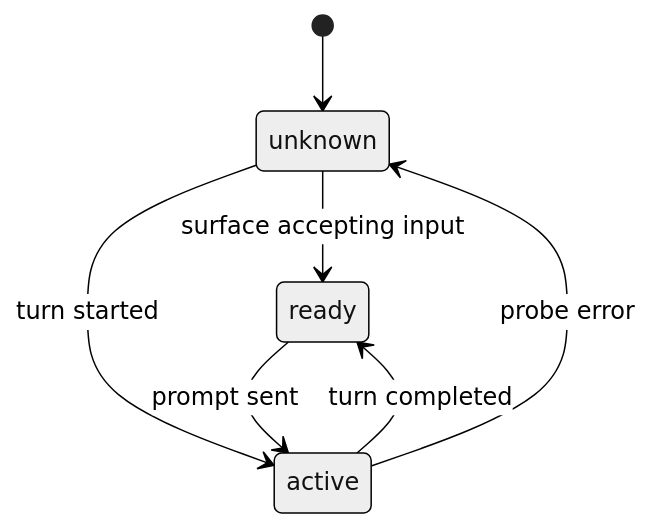
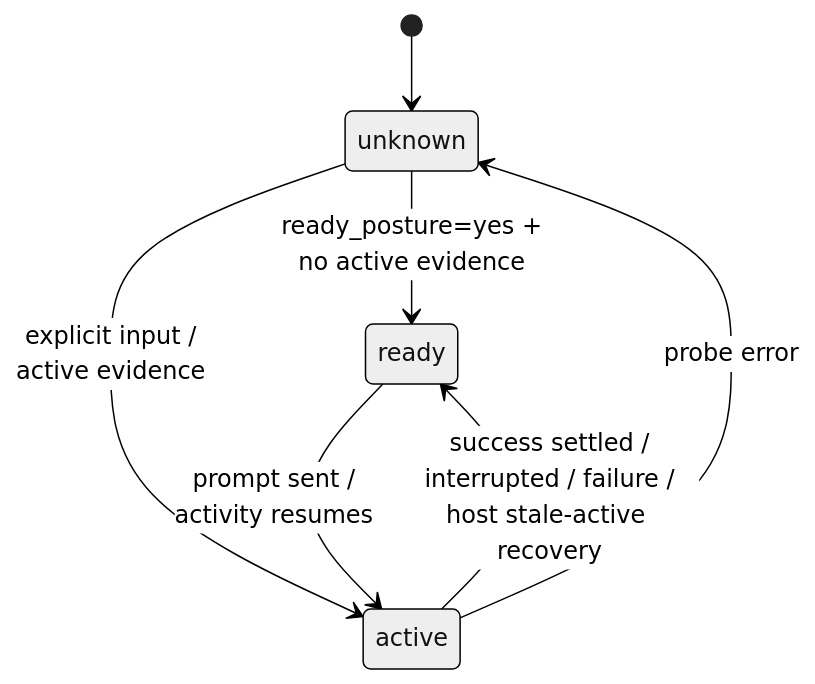
One commit to igamenovoer/houmao changed the second of 2 diagrams in docs/reference/tui-tracking/state-model.md. Above: the diagram before and after it, drawn with Mermaid (neutral theme). The commit also changed other lines of this file and 66 other files, not shown here.

````diff
--- a/docs/reference/tui-tracking/state-model.md
+++ b/docs/reference/tui-tracking/state-model.md
@@ -32,9 +32,9 @@
 ```mermaid
 stateDiagram-v2
     [*] --> unknown
-    unknown --> ready : surface accepting input
-    unknown --> active : turn started
-    ready --> active : prompt sent
-    active --> ready : turn completed
+    unknown --> ready : ready_posture=yes +<br/>no active evidence
+    unknown --> active : explicit input /<br/>active evidence
+    ready --> active : prompt sent /<br/>activity resumes
+    active --> ready : success settled /<br/>interrupted / failure /<br/>host stale-active recovery
     active --> unknown : probe error
 ```
````
